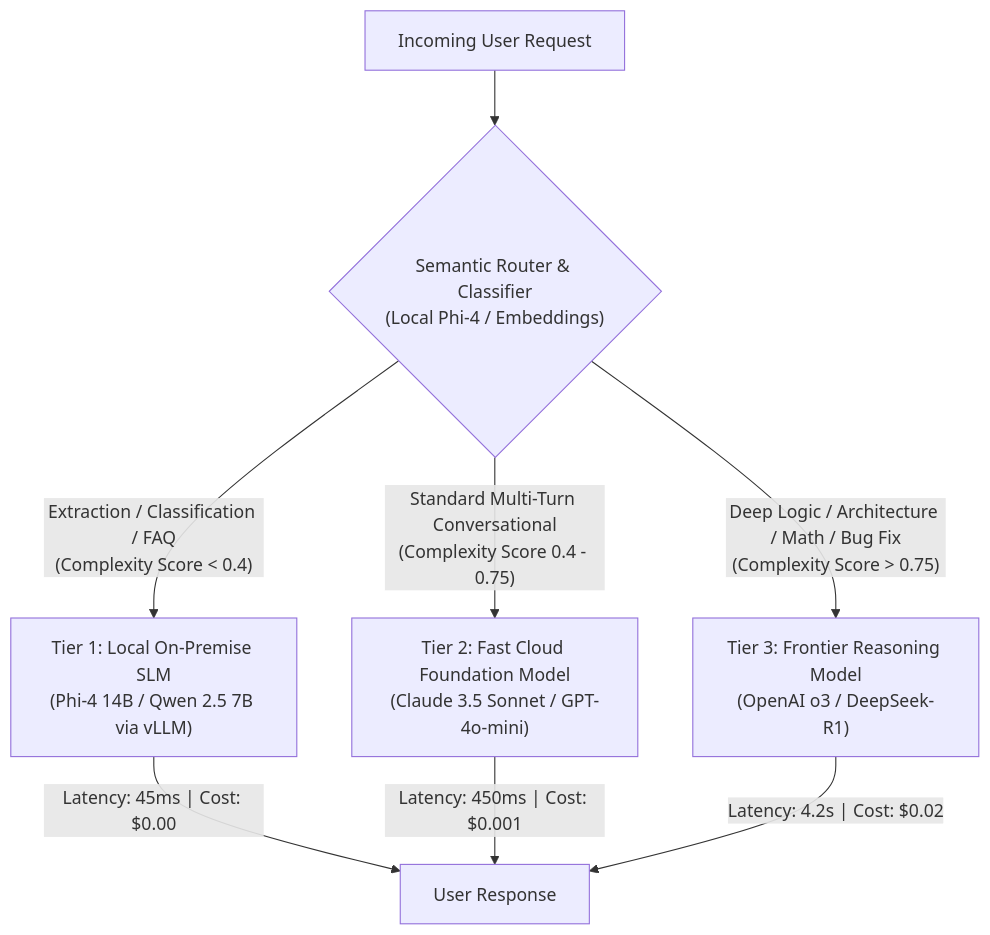
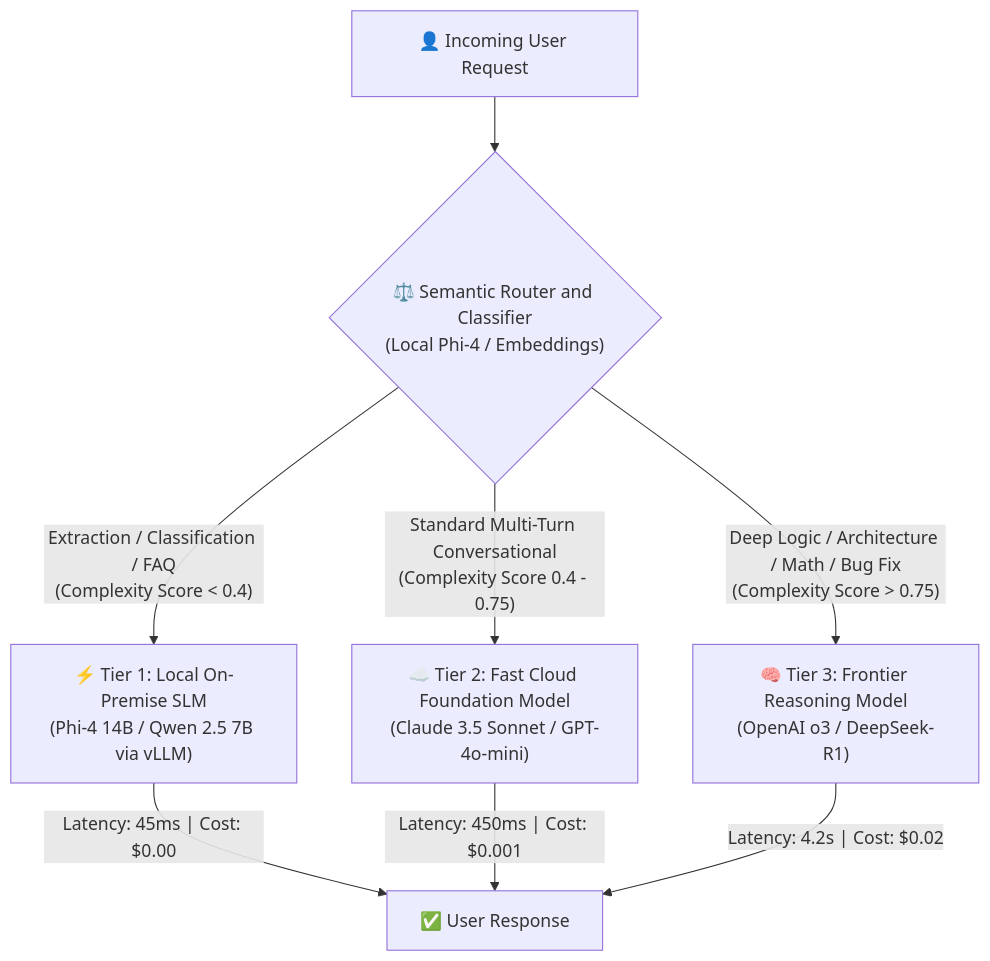
Before and after one commit to dip4k/senior-engineer-to-ai-engineer-roadmap: the diagram in architecture/adrs/ADR-003-test-time-compute-vs-domain-slm-routing.md, drawn with Mermaid. The commit also changed 94 other files, not shown here.

Commit message:
refactor(curriculum): complete Phase 04 upgrade and enforce diagram renderer invariants

````diff
--- a/architecture/adrs/ADR-003-test-time-compute-vs-domain-slm-routing.md
+++ b/architecture/adrs/ADR-003-test-time-compute-vs-domain-slm-routing.md
@@ -27,12 +27,12 @@
 ```mermaid
 flowchart TD
-    UserQuery["Incoming User Request"] --> Classifier{"Semantic Router & Classifier<br>(Local Phi-4 / Embeddings)"}
+    UserQuery["👤 Incoming User Request"] --> Classifier{"⚖️ Semantic Router and Classifier<br>(Local Phi-4 / Embeddings)"}
     
-    Classifier -->|"Extraction / Classification / FAQ<br>(Complexity Score < 0.4)"| LocalSLM["Tier 1: Local On-Premise SLM<br>(Phi-4 14B / Qwen 2.5 7B via vLLM)"]
-    Classifier -->|"Standard Multi-Turn Conversational<br>(Complexity Score 0.4 - 0.75)"| FastLLM["Tier 2: Fast Cloud Foundation Model<br>(Claude 3.5 Sonnet / GPT-4o-mini)"]
-    Classifier -->|"Deep Logic / Architecture / Math / Bug Fix<br>(Complexity Score > 0.75)"| Reasoning["Tier 3: Frontier Reasoning Model<br>(OpenAI o3 / DeepSeek-R1)"]
+    Classifier -->|"Extraction / Classification / FAQ<br>(Complexity Score < 0.4)"| LocalSLM["⚡ Tier 1: Local On-Premise SLM<br>(Phi-4 14B / Qwen 2.5 7B via vLLM)"]
+    Classifier -->|"Standard Multi-Turn Conversational<br>(Complexity Score 0.4 - 0.75)"| FastLLM["☁️ Tier 2: Fast Cloud Foundation Model<br>(Claude 3.5 Sonnet / GPT-4o-mini)"]
+    Classifier -->|"Deep Logic / Architecture / Math / Bug Fix<br>(Complexity Score > 0.75)"| Reasoning["🧠 Tier 3: Frontier Reasoning Model<br>(OpenAI o3 / DeepSeek-R1)"]
     
-    LocalSLM -->|"Latency: 45ms | Cost: $0.00"| Response["User Response"]
+    LocalSLM -->|"Latency: 45ms | Cost: $0.00"| Response["✅ User Response"]
     FastLLM -->|"Latency: 450ms | Cost: $0.001"| Response
     Reasoning -->|"Latency: 4.2s | Cost: $0.02"| Response
 ```
````
